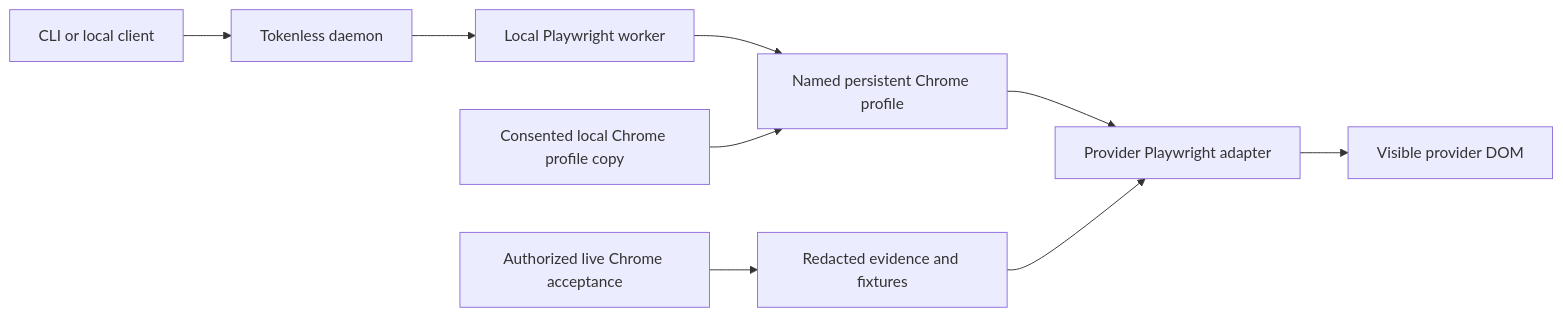
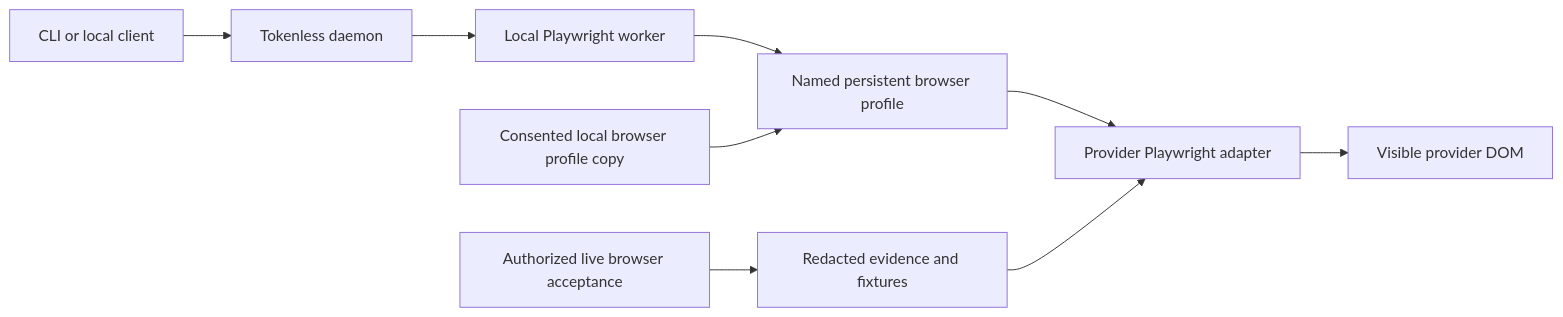
The first of 2 diagrams in docs/handoff-visible-provider-web-automation.md (jazelly/tokenless), drawn with Mermaid before and after one commit. The commit also changed other lines of this file and 24 other files, not shown here.

````diff
--- a/docs/handoff-visible-provider-web-automation.md
+++ b/docs/handoff-visible-provider-web-automation.md
@@ -28,12 +28,12 @@
 ```mermaid
 flowchart LR
     A["CLI or local client"] --> B["Tokenless daemon"]
     B --> C["Local Playwright worker"]
-    C --> D["Named persistent Chrome profile"]
+    C --> D["Named persistent browser profile"]
     D --> E["Provider Playwright adapter"]
     E --> F["Visible provider DOM"]
 
-    G["Consented local Chrome profile copy"] --> D
-    H["Authorized live Chrome acceptance"] --> I["Redacted evidence and fixtures"]
+    G["Consented local browser profile copy"] --> D
+    H["Authorized live browser acceptance"] --> I["Redacted evidence and fixtures"]
     I --> E
 ```
````
